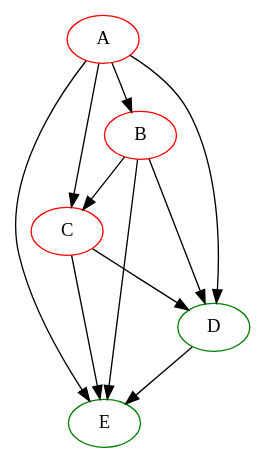
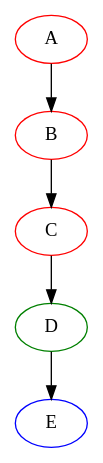
One commit to basaile92/Graphes_ARO changed the diagram in TP2/img/visu3.ps.dot. Above: the diagram before and after it, drawn with Graphviz. The commit also changed 26 other files, not shown here.

```diff
--- a/TP2/img/visu3.ps.dot
+++ b/TP2/img/visu3.ps.dot
@@ -1,17 +1,11 @@
 digraph {
 A [color=red]
 B [color=red]
 C [color=red]
 D [color=green]
-E [color=green]
+E [color=blue]
  A -> B
- A -> C
- A -> D
- A -> E
  B -> C
- B -> D
- B -> E
  C -> D
- C -> E
  D -> E
 }
```
